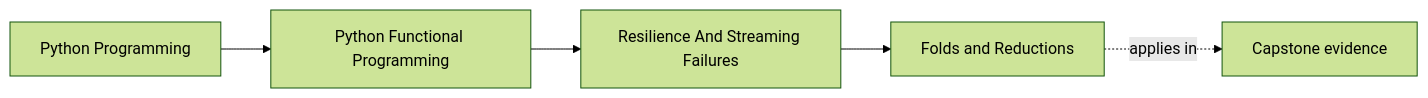
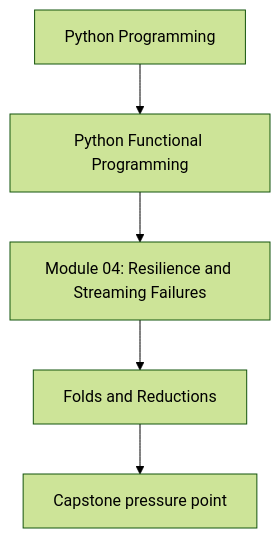
One commit to bijux/bijux-masterclass changed the first of 3 diagrams in programs/python-programming/python-functional-programming/course-book/module-04-resilience-and-streaming-failures/folds-and-reductions.md. Above: the diagram before and after it, drawn with Mermaid (forest theme). The commit also changed other lines of this file and 118 other files, not shown here.

Commit message:
docs(python-functional-programming): align concept page diagrams

````diff
--- a/programs/python-programming/python-functional-programming/course-book/module-04-resilience-and-streaming-failures/folds-and-reductions.md
+++ b/programs/python-programming/python-functional-programming/course-book/module-04-resilience-and-streaming-failures/folds-and-reductions.md
@@ -7,11 +7,7 @@
 ```mermaid
-graph LR
-  family["Python Programming"]
-  program["Python Functional Programming"]
-  section["Resilience And Streaming Failures"]
-  page["Folds and Reductions"]
-  capstone["Capstone evidence"]
-
-  family --> program --> section --> page
-  page -.applies in.-> capstone
+flowchart TD
+  family["Python Programming"] --> program["Python Functional Programming"]
+  program --> module["Module 04: Resilience and Streaming Failures"]
+  module --> concept["Folds and Reductions"]
+  concept --> capstone["Capstone pressure point"]
 ```
````
